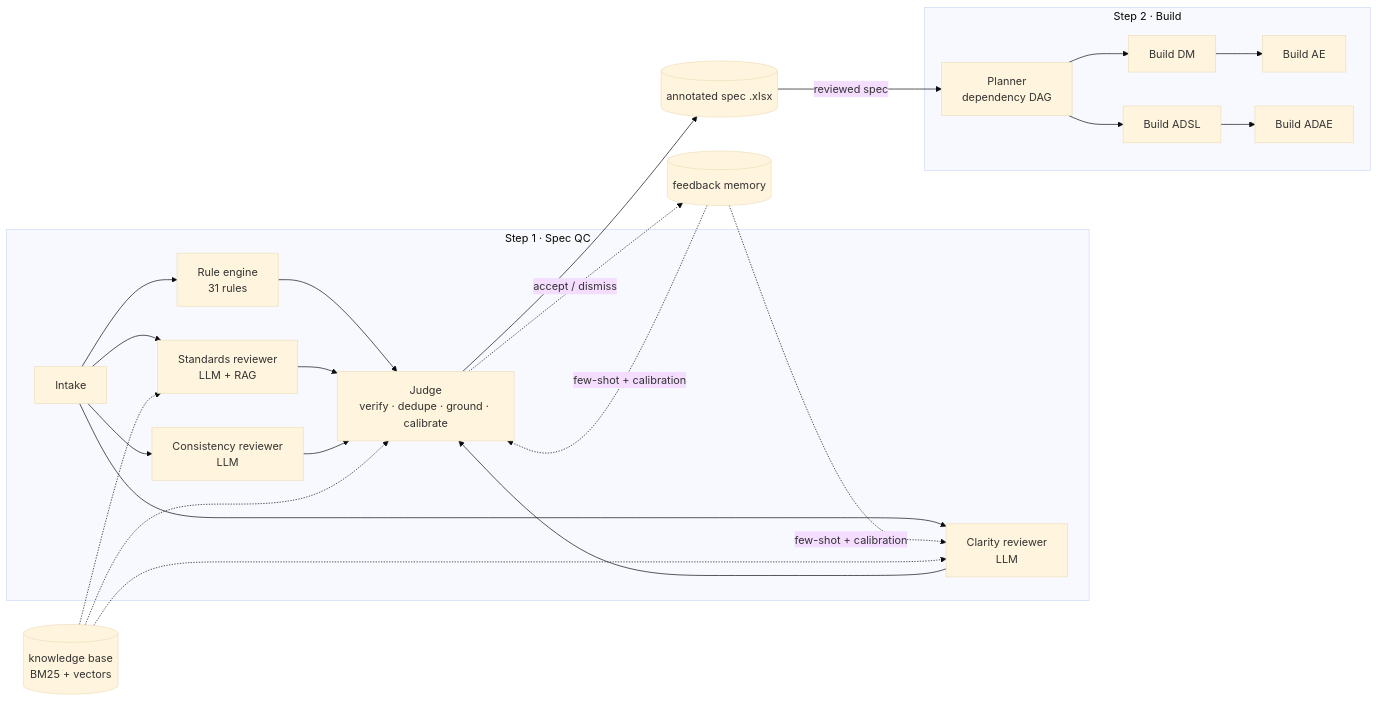
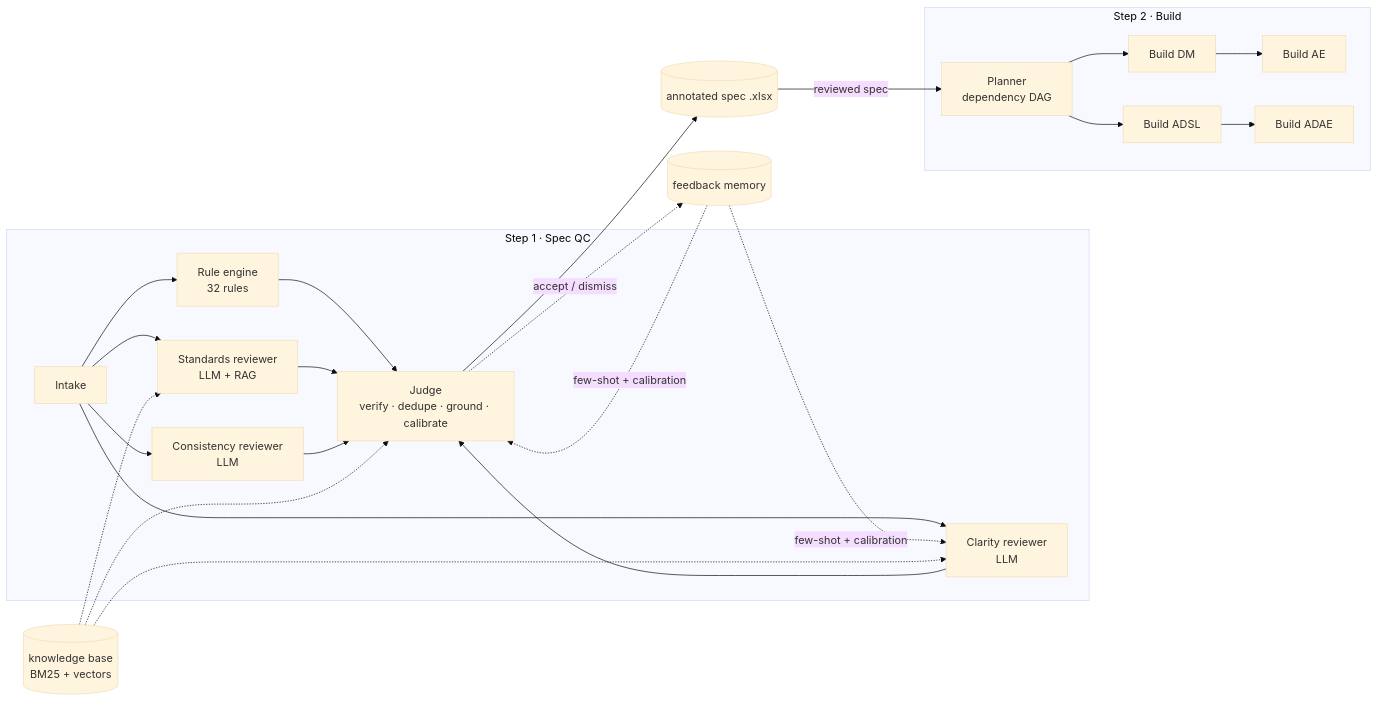
Before and after one commit to Yilinhe2021/cdisc-spec-agent: the diagram in README.md, drawn with Mermaid (base theme). The commit also changed other lines of this file and 5 other files, not shown here.

````diff
--- a/README.md
+++ b/README.md
@@ -45,21 +71,21 @@
 ```mermaid
 flowchart LR
   subgraph QC["Step 1 · Spec QC"]
-    I[Intake] --> R[Rule engine<br/>31 rules]
+    I[Intake] --> R[Rule engine<br/>32 rules]
     I --> C[Clarity reviewer<br/>LLM]
     I --> S[Standards reviewer<br/>LLM + RAG]
     I --> K[Consistency reviewer<br/>LLM]
     R & C & S & K --> J[Judge<br/>verify · dedupe · ground · calibrate]
   end
   J --> X[(annotated spec .xlsx)]
   J -. accept / dismiss .-> F[(feedback memory)]
   F -. few-shot + calibration .-> C & J
   KB[(knowledge base<br/>BM25 + vectors)] -.-> S & C & J
 
   subgraph B["Step 2 · Build"]
     P[Planner<br/>dependency DAG] --> D1[Build DM] & D2[Build ADSL]
     D1 --> D3[Build AE]
     D2 --> D4[Build ADAE]
   end
   X -- reviewed spec --> P
 ```
````
